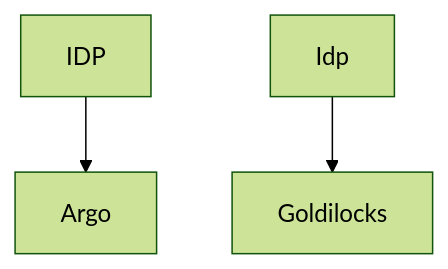
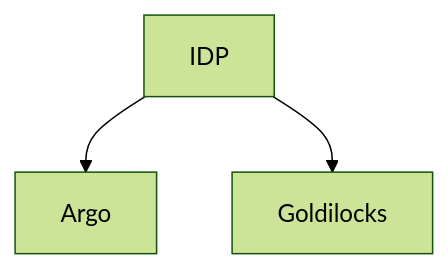
Before and after one commit to dejanu/cautious-idp: the diagram in README.md, drawn with Mermaid (forest theme).

Commit message:
mermaidmaybe

````diff
--- a/README.md
+++ b/README.md
@@ -6,5 +6,5 @@
 ```mermaid
   graph TD;
       IDP-->Argo;
-      Idp-->Goldilocks;
+      IDP-->Goldilocks;
 ```
````
